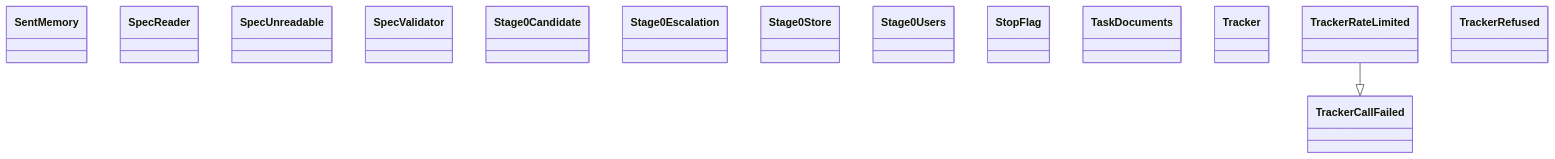
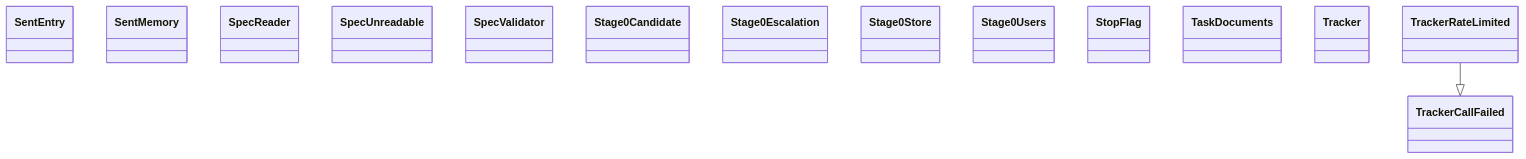
The diagram in docs/architecture/generated/classes-process-application-support-6.md (GonzaloZevallos/agentic-system), drawn with Mermaid before and after one commit. The commit also changed other lines of this file and 21 other files, not shown here.

````diff
--- a/docs/architecture/generated/classes-process-application-support-6.md
+++ b/docs/architecture/generated/classes-process-application-support-6.md
@@ -20,18 +20,18 @@
 ```mermaid
 classDiagram
+    class ports__SentEntry["SentEntry"]
     class ports__SentMemory["SentMemory"]
     class ports__SpecReader["SpecReader"]
     class ports__SpecUnreadable["SpecUnreadable"]
     class ports__SpecValidator["SpecValidator"]
     class ports__Stage0Candidate["Stage0Candidate"]
     class ports__Stage0Escalation["Stage0Escalation"]
     class ports__Stage0Store["Stage0Store"]
     class ports__Stage0Users["Stage0Users"]
     class ports__StopFlag["StopFlag"]
     class ports__TaskDocuments["TaskDocuments"]
     class ports__Tracker["Tracker"]
     class ports__TrackerCallFailed["TrackerCallFailed"]
     class ports__TrackerRateLimited["TrackerRateLimited"]
-    class ports__TrackerRefused["TrackerRefused"]
     ports__TrackerRateLimited --|> ports__TrackerCallFailed
 ```
````
